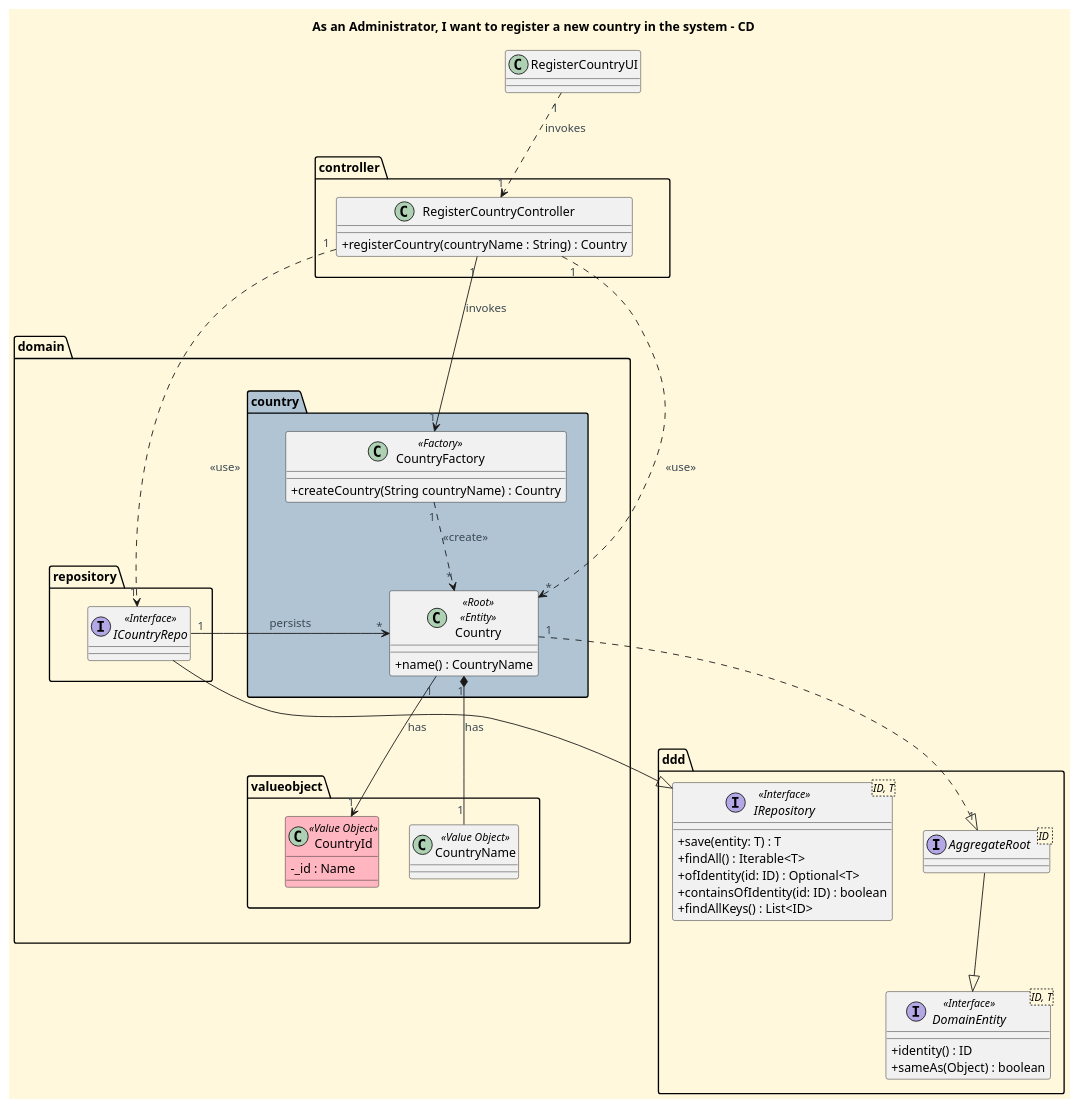
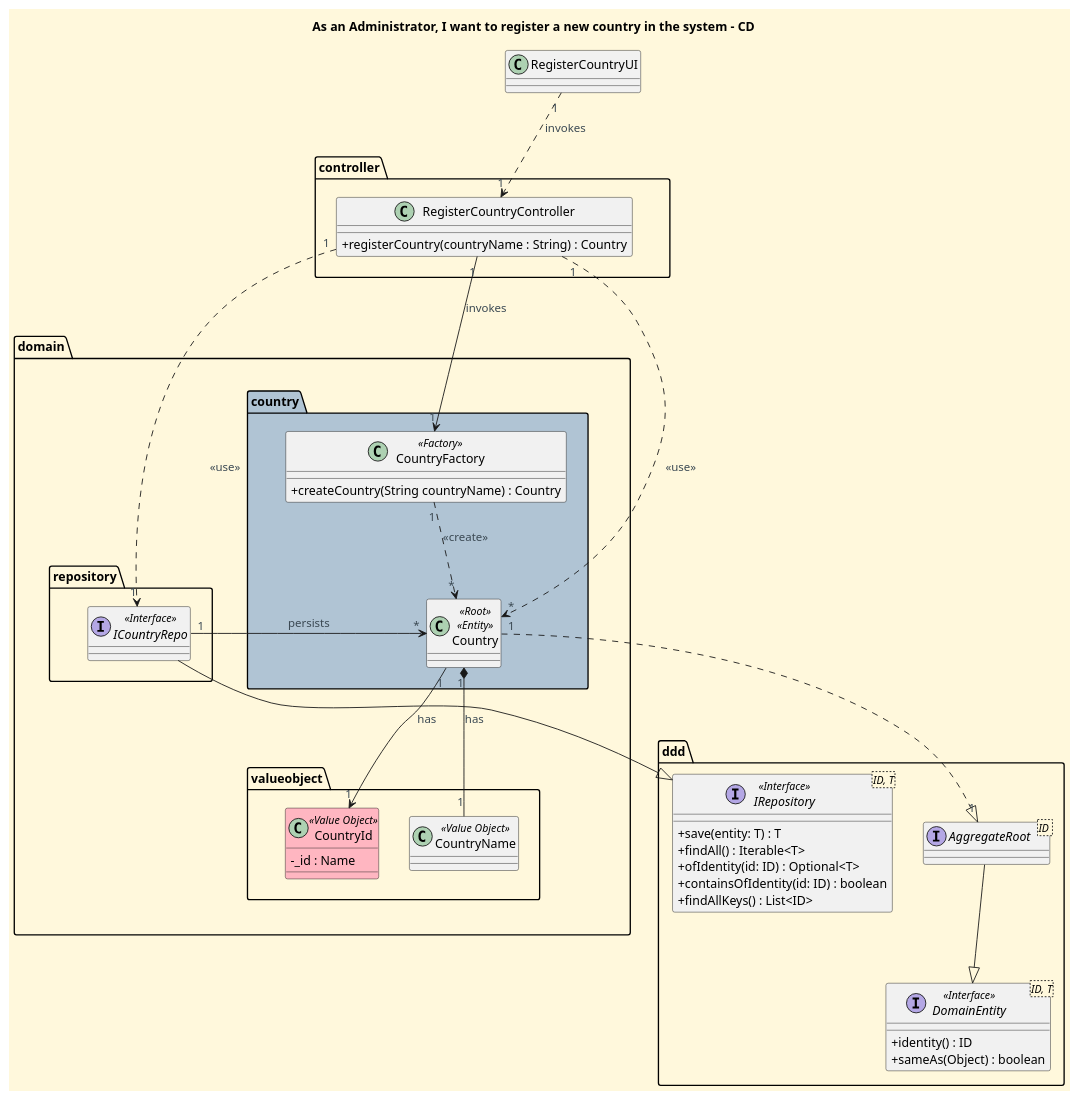
The diagram in docs/functionalities/admin/register-country/Register_Country_CD.puml (CarolinaLeite-collab/JavaMarketplacePlatform), drawn with PlantUML before and after one commit.

Commit message:
#refs 775 small fixes from PR review

```diff
--- a/docs/functionalities/admin/register-country/Register_Country_CD.puml
+++ b/docs/functionalities/admin/register-country/Register_Country_CD.puml
@@ -1,99 +1,95 @@
 @startuml
 title As an Administrator, I want to register a new country in the system - CD
 
 '==== basic style ====
 skinparam monochrome false
 skinparam shadowing false
 skinparam defaultFontName Futura
 skinparam objectFontSize 20
 skinparam backgroundColor CornSilk
 skinparam objectBackgroundColor WhiteSmoke
 skinparam noteBackgroundColor #FFFFE0
 skinparam ArrowFontColor #3B4953
 skinparam ActivationBackgroundColor black
 skinparam classAttributeIconSize 0
 
 ' Control the layout flow
 top to bottom direction
 
 class RegisterCountryUI {
 }
 
 package "controller" {
     class RegisterCountryController {
       + registerCountry(countryName : String) : Country
     }
 }
 
 package "domain" {
 
     package "country" #b0c4d4 {
         class Country <<Root>> <<Entity>> {
-
-          + name() : CountryName
-
         }
 
         class CountryFactory <<Factory>> {
           +createCountry(String countryName) : Country
-
         }
     }
 
     package "valueobject" {
         class CountryId <<Value Object>> #lightpink {
             -_id : Name
         }
         class CountryName <<Value Object>> {
         }
     }
 
     package "repository" {
         interface ICountryRepo <<Interface>> {
         }
     }
 }
 
 Package "ddd" {
     interface "IRepository<ID, T>" as IRepository <<Interface>> {
         +save(entity: T) : T
         +findAll() : Iterable<T>
         +ofIdentity(id: ID) : Optional<T>
         +containsOfIdentity(id: ID) : boolean
         +findAllKeys() : List<ID>
     }
 
     interface AggregateRoot <ID >{
     }
 
     interface DomainEntity<ID, T> <<Interface>> {
         +identity() : ID
         +sameAs(Object) : boolean
     }
 }
 
 '==== Visual Layout Alignment ====
 RegisterCountryUI -[hidden]down- controller
 controller -[hidden]down- domain
 country -[hidden]right- valueobject
 valueobject -[hidden]right- repository
 
 '==== Connections ====
 RegisterCountryUI "1" .> "1" RegisterCountryController : invokes
 
 RegisterCountryController "1" ..> "1" ICountryRepo : <<use>>
 RegisterCountryController "1" --> "1" CountryFactory : invokes
 RegisterCountryController "1" ..> "*" Country : <<use>>
 
 CountryFactory "1" ..> "*" Country : <<create>>
 
 Country "1" --> "1" CountryId : has
 Country "1" *-- "1" CountryName : has
 
 ICountryRepo --|> IRepository
 ICountryRepo "1" -> "*" Country : persists
 
 Country "1" .|> "1" AggregateRoot
 AggregateRoot --|> DomainEntity
 
 @enduml
```
